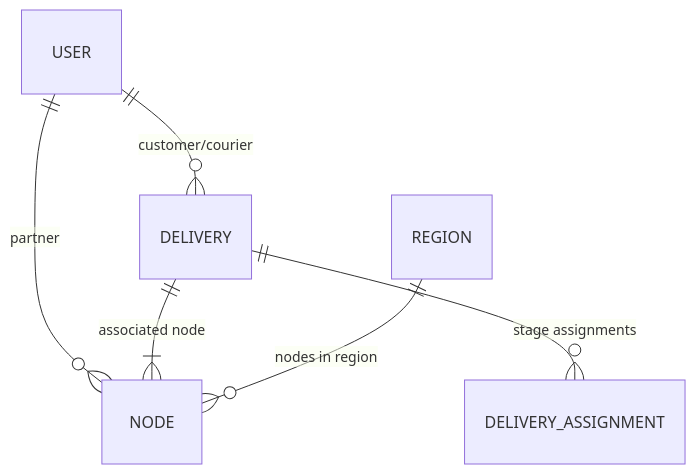
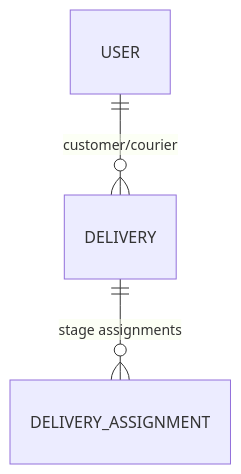
The diagram in memory-bank/projectBrief.md (nishino-ltda/todoke), drawn with Mermaid before and after one commit. The commit also changed other lines of this file and 136 other files, not shown here.

Commit message:
refactor: remove node-related infrastructure and implement RoleUser-based authentication and routing

````diff
--- a/memory-bank/projectBrief.md
+++ b/memory-bank/projectBrief.md
@@ -37,8 +37,5 @@
 ```mermaid
 erDiagram
     USER ||--o{ DELIVERY : "customer/courier"
-    USER ||--o{ NODE : "partner"
-    DELIVERY ||--|{ NODE : "associated node"
     DELIVERY ||--o{ DELIVERY_ASSIGNMENT : "stage assignments"
-    REGION ||--o{ NODE : "nodes in region"
 ```
````
